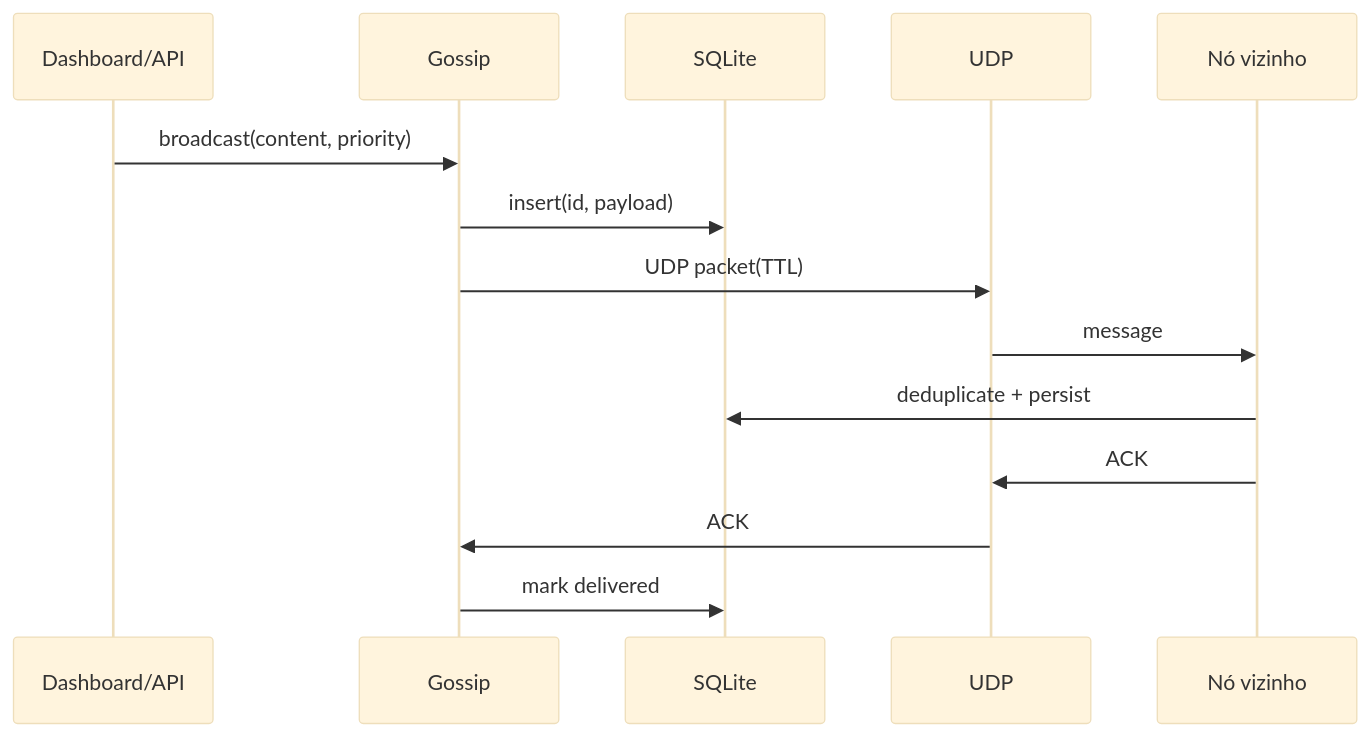
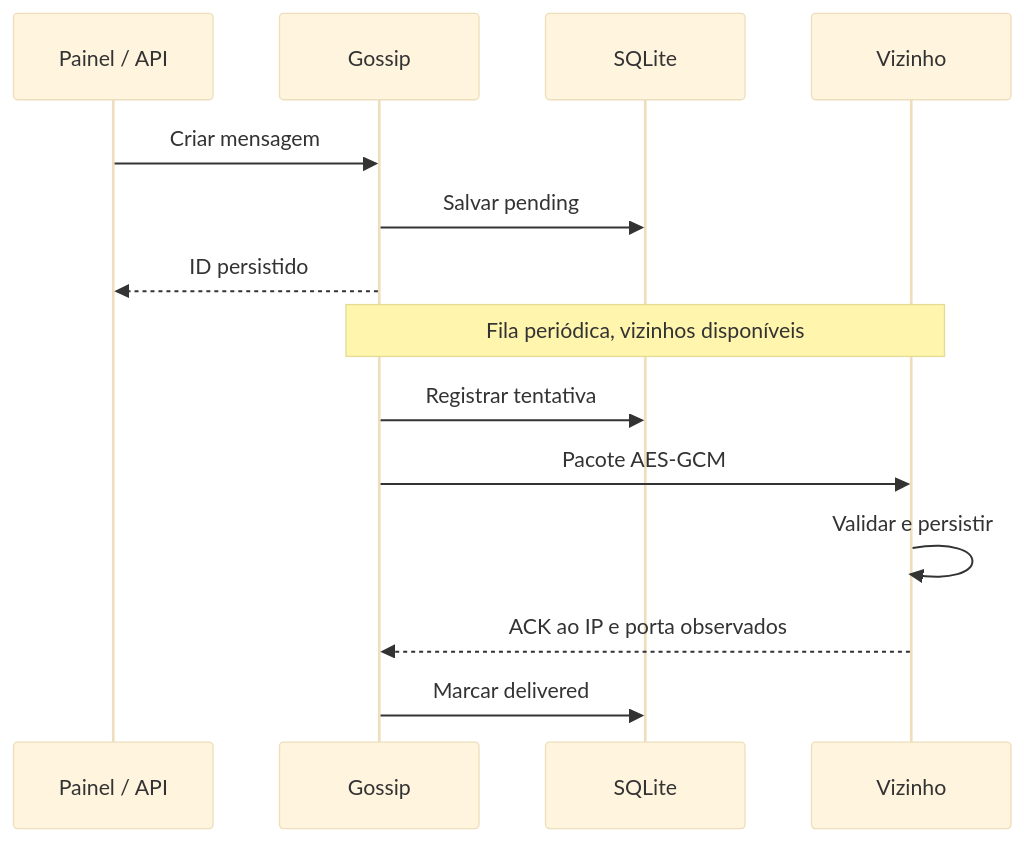
One commit to allyxzs/rescuemash changed the diagram in ARCHITECTURE.md. Above: the diagram before and after it, drawn with Mermaid (base theme). The commit also changed other lines of this file and 72 other files, not shown here.

````diff
--- a/ARCHITECTURE.md
+++ b/ARCHITECTURE.md
@@ -9,17 +9,16 @@
 ```mermaid
 sequenceDiagram
-  participant UI as Dashboard/API
+  participant U as Painel / API
   participant G as Gossip
-  participant DB as SQLite
-  participant U as UDP
-  participant N as Nó vizinho
-
-  UI->>G: broadcast(content, priority)
-  G->>DB: insert(id, payload)
-  G->>U: UDP packet(TTL)
-  U->>N: message
-  N->>DB: deduplicate + persist
-  N->>U: ACK
-  U->>G: ACK
-  G->>DB: mark delivered
+  participant D as SQLite
+  participant P as Vizinho
+  U->>G: Criar mensagem
+  G->>D: Salvar pending
+  G-->>U: ID persistido
+  Note over G,P: Fila periódica, vizinhos disponíveis
+  G->>D: Registrar tentativa
+  G->>P: Pacote AES-GCM
+  P->>P: Validar e persistir
+  P-->>G: ACK ao IP e porta observados
+  G->>D: Marcar delivered
 ```
````
